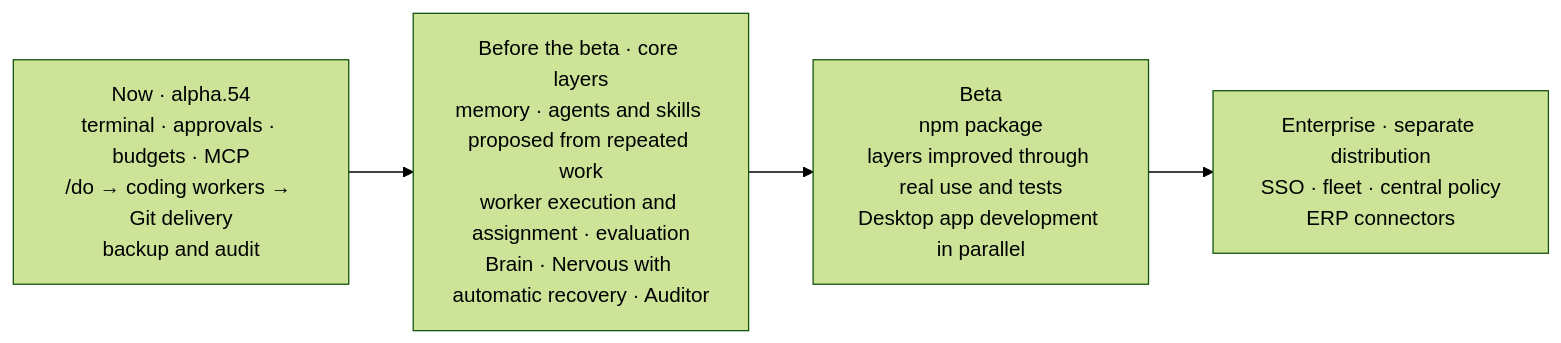
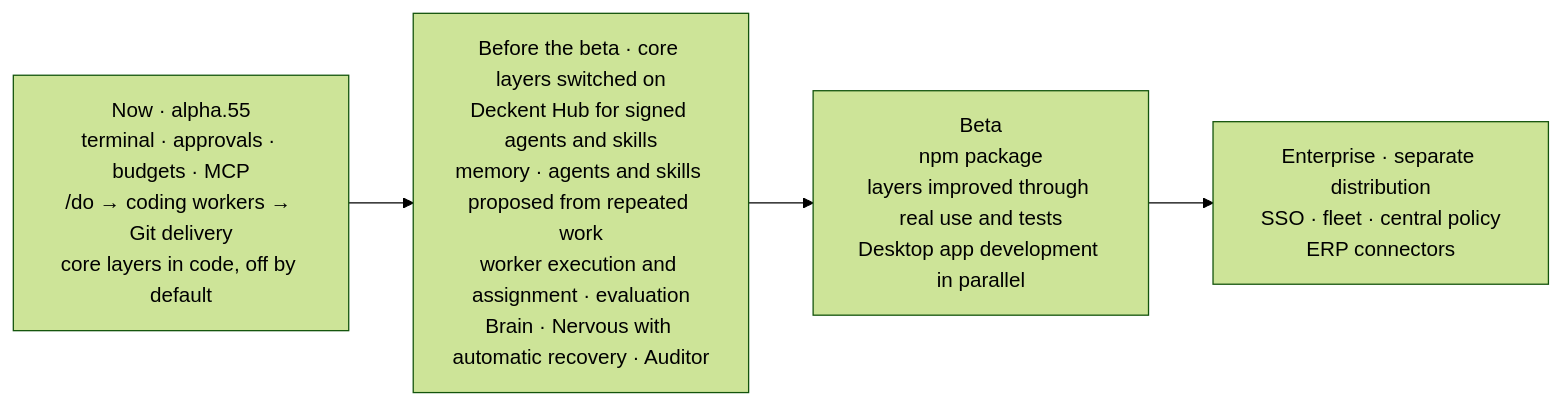
One commit to Verhex/deckent-next changed the sixth of 6 diagrams in README.md. Above: the diagram before and after it, drawn with Mermaid (forest theme). The commit also changed other lines of this file and 16 other files, not shown here.

````diff
--- a/README.md
+++ b/README.md
@@ -522,6 +529,6 @@
 ```mermaid
 flowchart LR
-  N["Now · alpha.54<br/>terminal · approvals · budgets · MCP<br/>/do → coding workers → Git delivery<br/>backup and audit"] --> C["Before the beta · core layers<br/>memory · agents and skills proposed from repeated work<br/>worker execution and assignment · evaluation<br/>Brain · Nervous with automatic recovery · Auditor"]
+  N["Now · alpha.55<br/>terminal · approvals · budgets · MCP<br/>/do → coding workers → Git delivery<br/>core layers in code, off by default"] --> C["Before the beta · core layers switched on<br/>Deckent Hub for signed agents and skills<br/>memory · agents and skills proposed from repeated work<br/>worker execution and assignment · evaluation<br/>Brain · Nervous with automatic recovery · Auditor"]
   C --> B["Beta<br/>npm package<br/>layers improved through real use and tests<br/>Desktop app development in parallel"]
   B --> E["Enterprise · separate distribution<br/>SSO · fleet · central policy<br/>ERP connectors"]
 ```
````
